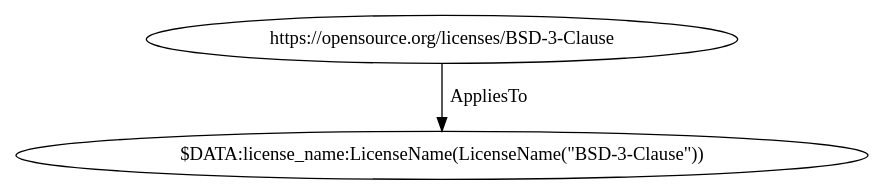
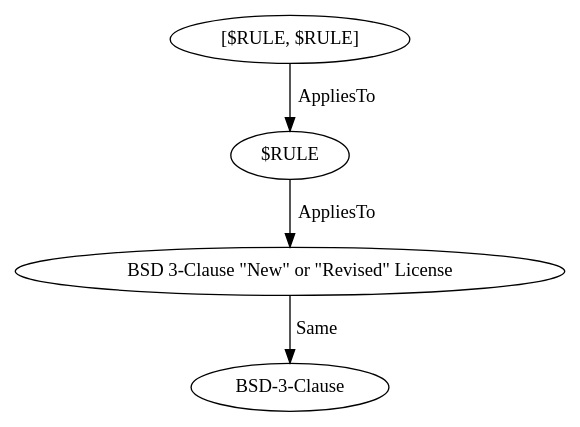
Before and after one commit to maxhbr/LDBcollector: the diagram in test_output/source_oslc-handbook/BSD-3-Clause.dot, drawn with Graphviz. The commit also changed 55 other files, not shown here.

```diff
--- a/test_output/source_oslc-handbook/BSD-3-Clause.dot
+++ b/test_output/source_oslc-handbook/BSD-3-Clause.dot
@@ -1,5 +1,9 @@
 digraph {
-    34 [ label = "$DATA:license_name:LicenseName(LicenseName(\"BSD-3-Clause\"))" ]
-    36 [ label = "https://opensource.org/licenses/BSD-3-Clause" ]
-    36 -> 34 [ label = "AppliesTo" ]
+    33 [ label = "[$RULE, $RULE]" ]
+    34 [ label = "BSD-3-Clause" ]
+    35 [ label = "BSD 3-Clause \"New\" or \"Revised\" License" ]
+    36 [ label = "$RULE" ]
+    35 -> 34 [ label = "Same" ]
+    36 -> 35 [ label = "AppliesTo" ]
+    33 -> 36 [ label = "AppliesTo" ]
 }
```
